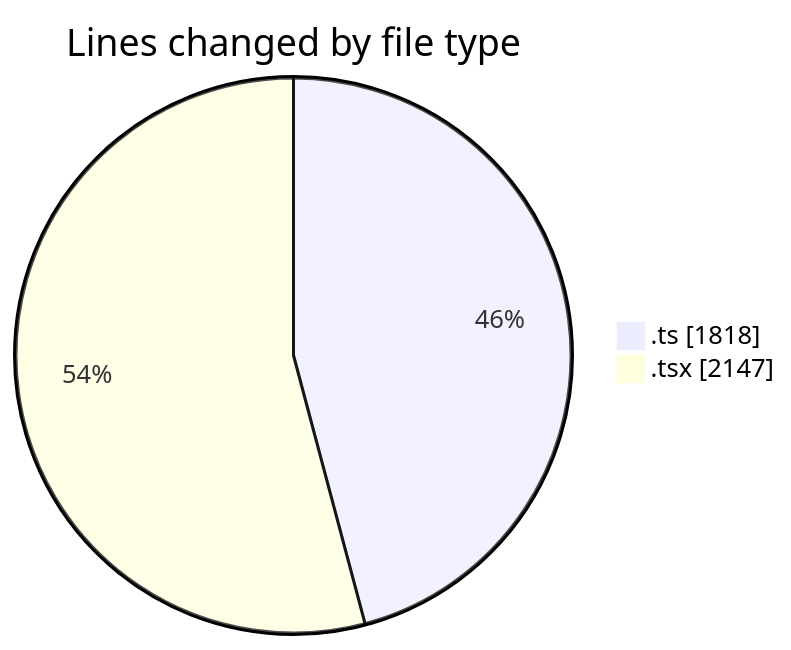
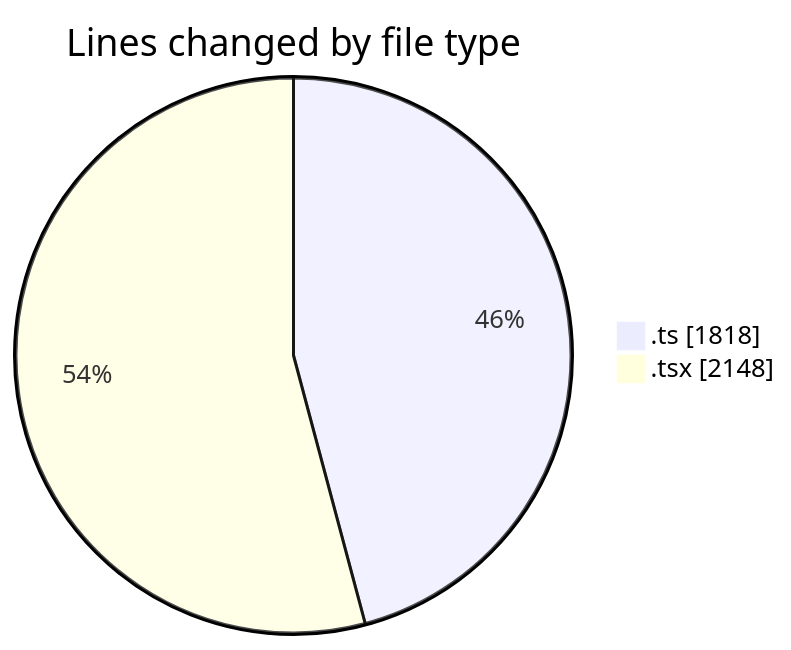
Before and after one commit to nxtqubesakshisongat/code-tracking: the first of 2 diagrams in 2026-03-13/nxtqube_webapp/README.md, drawn with Mermaid. The commit also changed other lines of this file and 1 other file, not shown here.

````diff
--- a/2026-03-13/nxtqube_webapp/README.md
+++ b/2026-03-13/nxtqube_webapp/README.md
@@ -21,6 +21,6 @@
 ```mermaid
 pie showData
 title Lines changed by file type
 ".ts" : 1818
-".tsx" : 2147
+".tsx" : 2148
 ```
````
